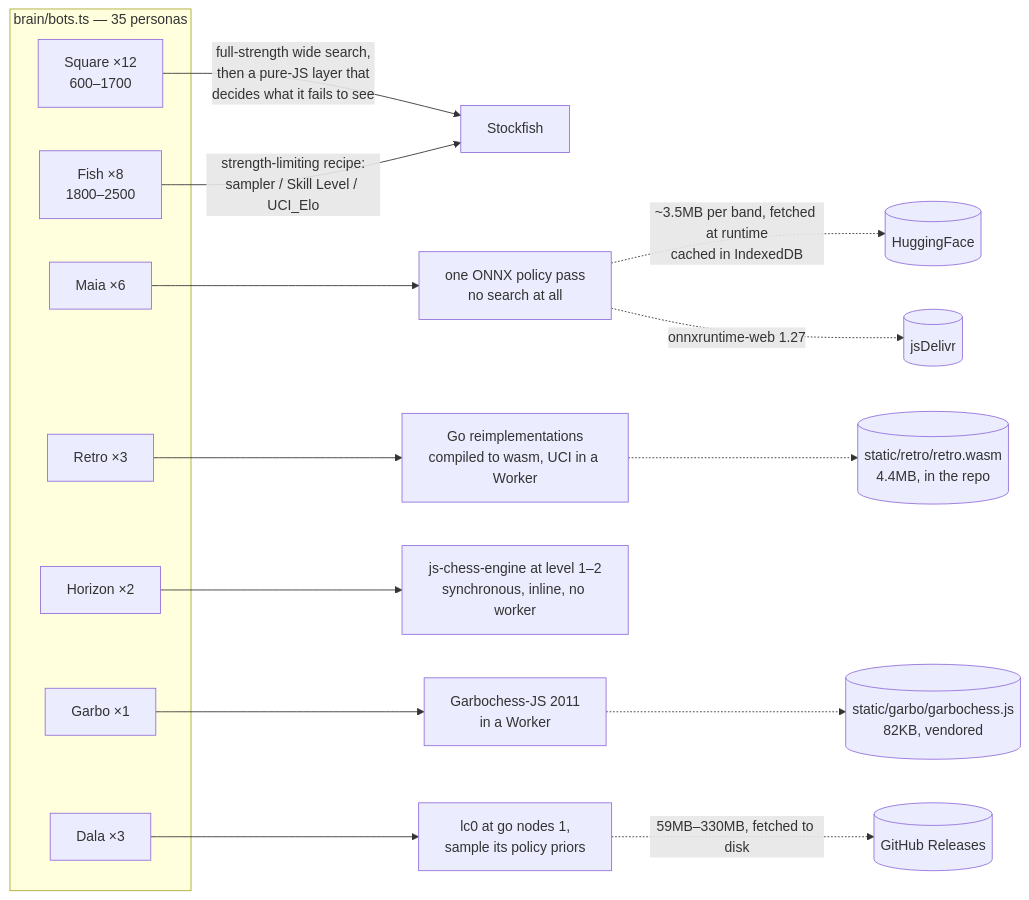
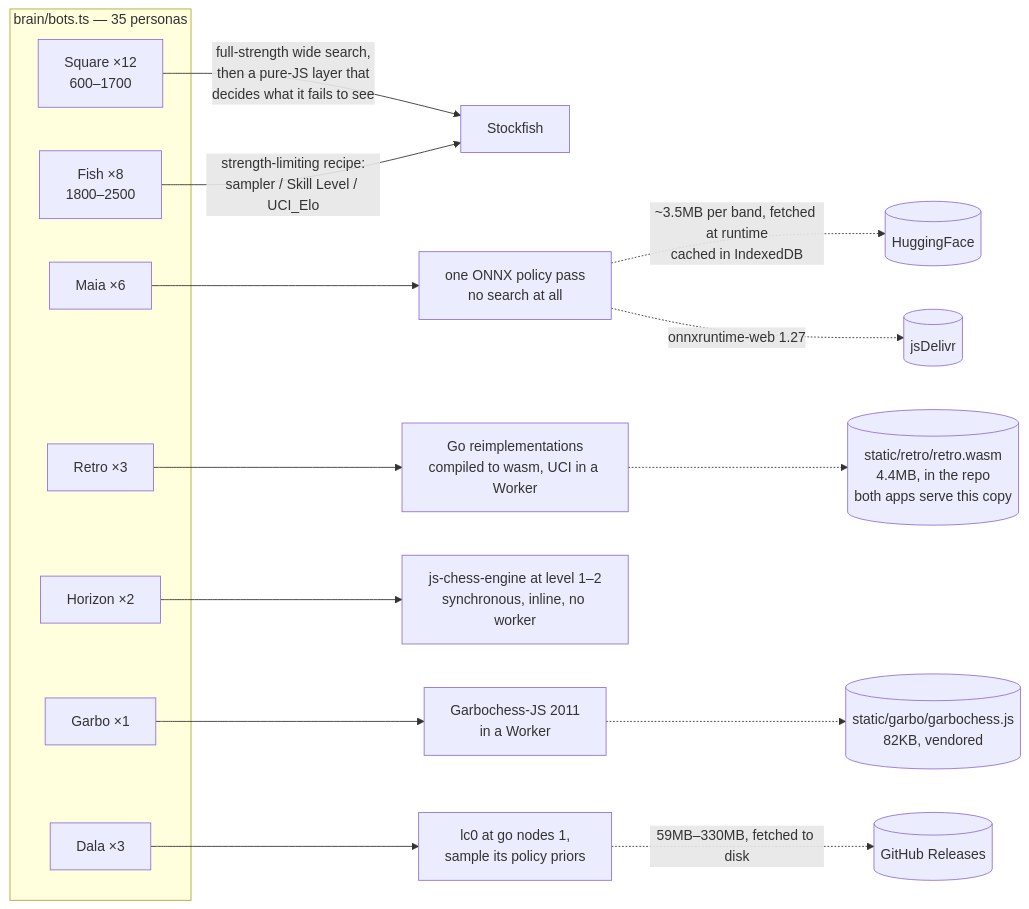
Before and after one commit to quadrismegistus/botvinnik: the third of 5 diagrams in ARCHITECTURE.md, drawn with Mermaid. The commit also changed other lines of this file and 15 other files, not shown here.

````diff
--- a/ARCHITECTURE.md
+++ b/ARCHITECTURE.md
@@ -84,26 +84,26 @@
 ```mermaid
 flowchart LR
     subgraph FAM["brain/bots.ts — 35 personas"]
         SQ["Square ×12<br/>600–1700"]
         FI["Fish ×8<br/>1800–2500"]
         MA["Maia ×6"]
         RE["Retro ×3"]
         HO["Horizon ×2"]
         GA["Garbo ×1"]
         DA["Dala ×3"]
     end
 
     SQ -->|"full-strength wide search,<br/>then a pure-JS layer that<br/>decides what it fails to see"| SF["Stockfish"]
     FI -->|"strength-limiting recipe:<br/>sampler / Skill Level / UCI_Elo"| SF
     MA --> ONNX["one ONNX policy pass<br/>no search at all"]
     RE --> GOW["Go reimplementations<br/>compiled to wasm, UCI in a Worker"]
     HO --> JSCE["js-chess-engine at level 1–2<br/>synchronous, inline, no worker"]
     GA --> GARBO["Garbochess-JS 2011<br/>in a Worker"]
     DA --> LC0["lc0 at go nodes 1,<br/>sample its policy priors"]
 
     ONNX -.->|"~3.5MB per band, fetched at runtime<br/>cached in IndexedDB"| HF[("HuggingFace")]
     ONNX -.->|"onnxruntime-web 1.27"| CDN[("jsDelivr")]
-    GOW -.-> RW[("static/retro/retro.wasm<br/>4.4MB, in the repo")]
+    GOW -.-> RW[("static/retro/retro.wasm<br/>4.4MB, in the repo<br/>both apps serve this copy")]
     GARBO -.-> GB[("static/garbo/garbochess.js<br/>82KB, vendored")]
     LC0 -.->|"59MB–330MB, fetched to disk"| GH[("GitHub Releases")]
 ```
````
